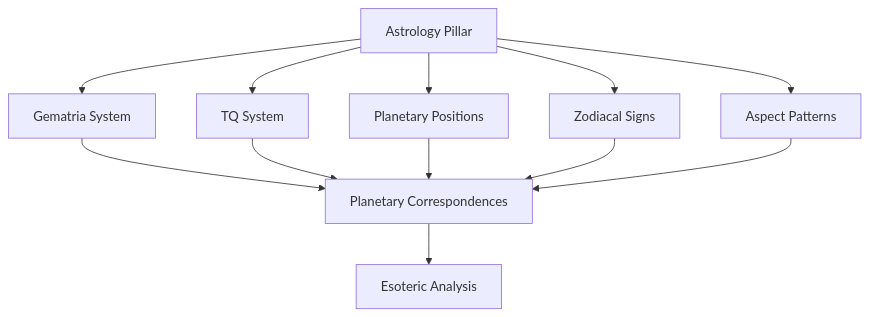
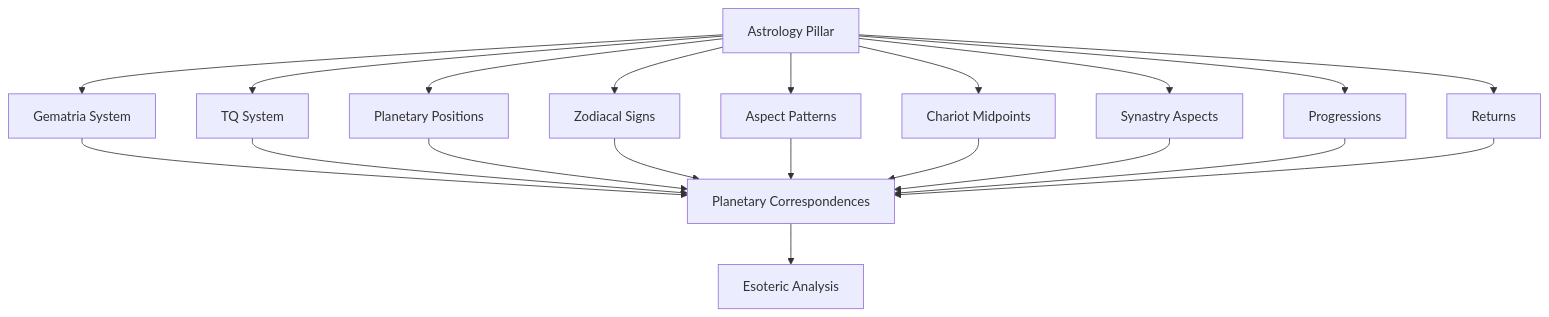
One commit to TheDaniel166/IsopGem changed diagram 18 of 18 in .qoder/repowiki/en/content/Architecture Overview/Pillar-Based Architecture/Astrology Pillar/Astrology Pillar.md. Above: the diagram before and after it, drawn with Mermaid. The commit also changed other lines of this file and 29 other files, not shown here.

````diff
--- a/.qoder/repowiki/en/content/Architecture Overview/Pillar-Based Architecture/Astrology Pillar/Astrology Pillar.md
+++ b/.qoder/repowiki/en/content/Architecture Overview/Pillar-Based Architecture/Astrology Pillar/Astrology Pillar.md
@@ -439,14 +773,22 @@
 ```mermaid
 graph TD
 A[Astrology Pillar] --> B[Gematria System]
 A --> C[TQ System]
 B --> D[Planetary Correspondences]
 C --> D
 D --> E[Esoteric Analysis]
 A --> F[Planetary Positions]
 F --> D
 A --> G[Zodiacal Signs]
 G --> D
 A --> H[Aspect Patterns]
 H --> D
+A --> I[Chariot Midpoints]
+I --> D
+A --> J[Synastry Aspects]
+J --> D
+A --> K[Progressions]
+K --> D
+A --> L[Returns]
+L --> D
 ```
````
